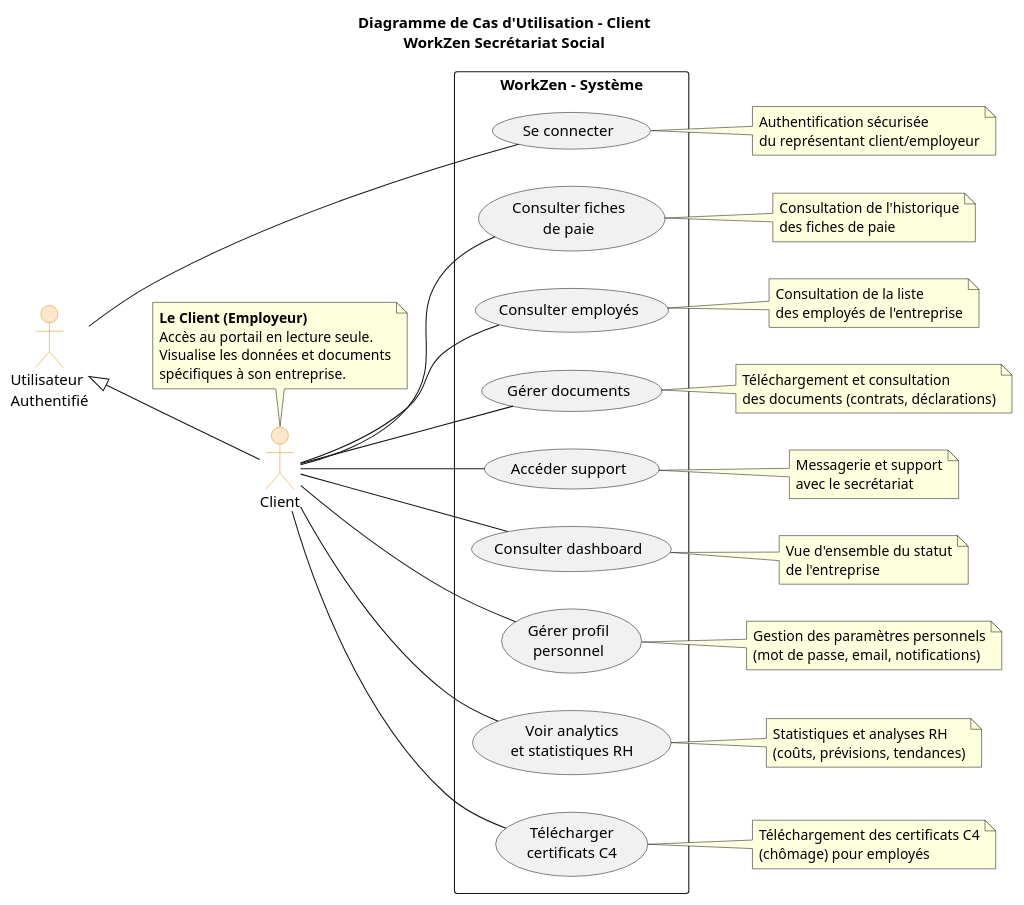
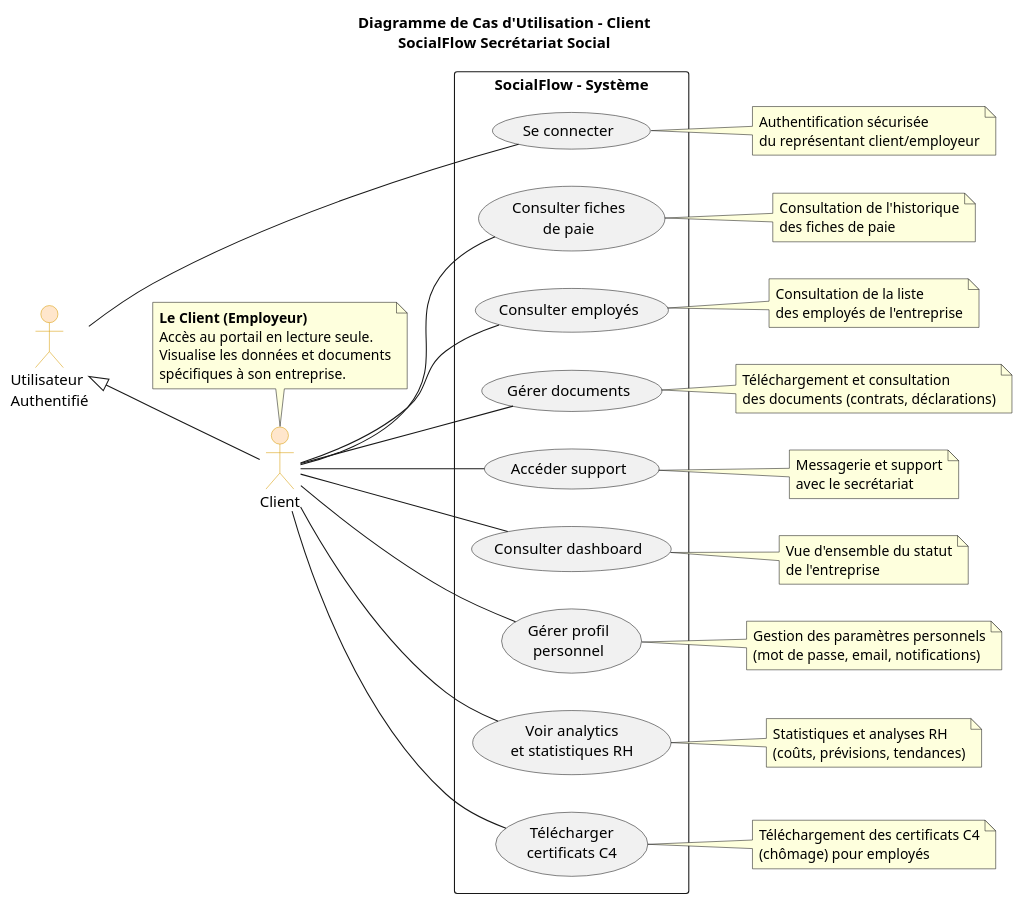
Before and after one commit to Adri-2310/TFE: the diagram in documentation/Uml/CasDUtilisation/Client/client-use-cases.puml, drawn with PlantUML. The commit also changed 38 other files, not shown here.

Commit message:
Remplacer tous les WorkZen par SocialFlow dans toute la documentation

```diff
--- a/documentation/Uml/CasDUtilisation/Client/client-use-cases.puml
+++ b/documentation/Uml/CasDUtilisation/Client/client-use-cases.puml
@@ -1,89 +1,89 @@
-@startuml Client-WorkZen
-title Diagramme de Cas d'Utilisation - Client\nWorkZen Secrétariat Social
+@startuml Client-SocialFlow
+title Diagramme de Cas d'Utilisation - Client\nSocialFlow Secrétariat Social
 
 left to right direction
 
 skinparam backgroundColor #FFFFFF
 skinparam actorBackgroundColor #FFE6CC
 skinparam actorBorderColor #D79B00
 
 actor "Utilisateur\nAuthentifié" as User
 actor Client
 
 Client -up-|> User
 
 note top of Client
   **Le Client (Employeur)**
   Accès au portail en lecture seule.
   Visualise les données et documents
   spécifiques à son entreprise.
 end note
 
-rectangle "WorkZen - Système" {
+rectangle "SocialFlow - Système" {
 usecase UC0 as "Se connecter"
 usecase UC10 as "Consulter fiches\nde paie"
 usecase UC20 as "Consulter employés"
 usecase UC30 as "Gérer documents"
 usecase UC40 as "Accéder support"
 usecase UC50 as "Consulter dashboard"
 usecase UC60 as "Gérer profil\npersonnel"
 usecase UC70 as "Voir analytics\net statistiques RH"
 usecase UC80 as "Télécharger\ncertificats C4"
 }
 
 User -- UC0
 Client -- UC10
 Client -- UC20
 Client -- UC30
 Client -- UC40
 Client -- UC50
 Client -- UC60
 Client -- UC70
 Client -- UC80
 
 note right of UC0
   Authentification sécurisée
   du représentant client/employeur
 end note
 
 note right of UC10
   Consultation de l'historique
   des fiches de paie
 end note
 
 note right of UC20
   Consultation de la liste
   des employés de l'entreprise
 end note
 
 note right of UC30
   Téléchargement et consultation
   des documents (contrats, déclarations)
 end note
 
 note right of UC40
   Messagerie et support
   avec le secrétariat
 end note
 
 note right of UC50
   Vue d'ensemble du statut
   de l'entreprise
 end note
 
 note right of UC60
   Gestion des paramètres personnels
   (mot de passe, email, notifications)
 end note
 
 note right of UC70
   Statistiques et analyses RH
   (coûts, prévisions, tendances)
 end note
 
 note right of UC80
   Téléchargement des certificats C4
   (chômage) pour employés
 end note
 
 @enduml
```
